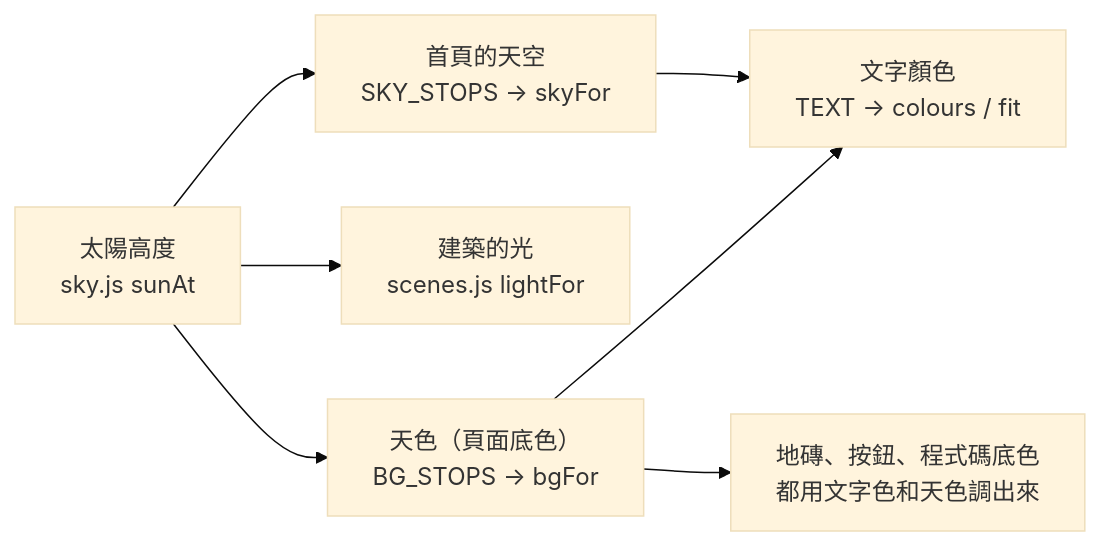
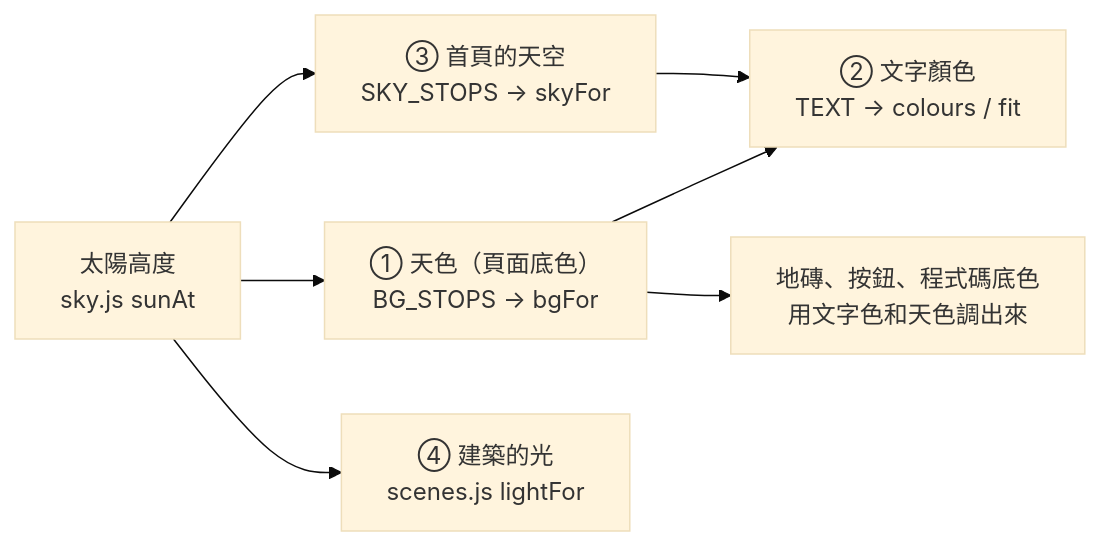
Before and after one commit to laiyenju/laiyenju.github.io: the first of 6 diagrams in README.md, drawn with Mermaid (base theme). The commit also changed other lines of this file and 3 other files, not shown here.

````diff
--- a/README.md
+++ b/README.md
@@ -186,9 +248,9 @@
 ```mermaid
 flowchart LR
-  S["太陽高度<br/>sky.js sunAt"] --> B["天色（頁面底色）<br/>BG_STOPS → bgFor"]
-  B --> T["文字顏色<br/>TEXT → colours / fit"]
-  S --> L["建築的光<br/>scenes.js lightFor"]
-  B --> P["地磚、按鈕、程式碼底色<br/>都用文字色和天色調出來"]
-  S --> K["首頁的天空<br/>SKY_STOPS → skyFor"]
+  S["太陽高度<br/>sky.js sunAt"] --> B["① 天色（頁面底色）<br/>BG_STOPS → bgFor"]
+  B --> T["② 文字顏色<br/>TEXT → colours / fit"]
+  S --> K["③ 首頁的天空<br/>SKY_STOPS → skyFor"]
   K --> T
+  S --> L["④ 建築的光<br/>scenes.js lightFor"]
+  B --> P["地磚、按鈕、程式碼底色<br/>用文字色和天色調出來"]
 ```
````
